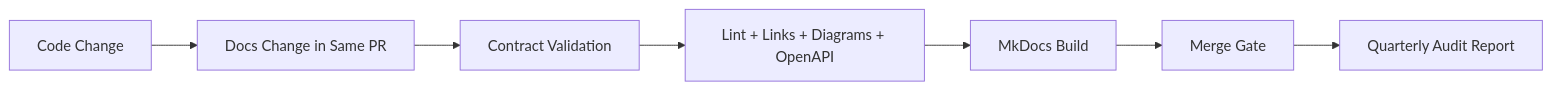
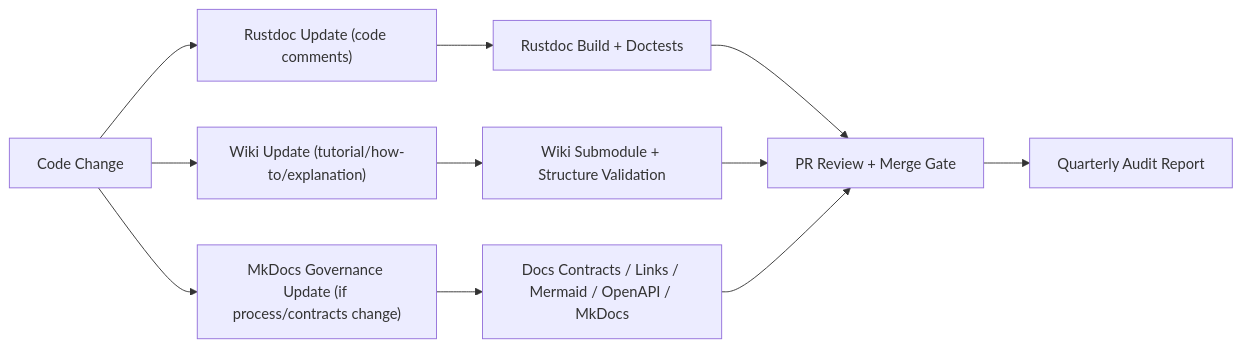
The diagram in docs/explanation/documentation-architecture.md (justinrayshort/os), drawn with Mermaid before and after one commit. The commit also changed other lines of this file and 37 other files, not shown here.

````diff
--- a/docs/explanation/documentation-architecture.md
+++ b/docs/explanation/documentation-architecture.md
@@ -46,9 +58,13 @@
 ```mermaid
 flowchart LR
-  A["Code Change"] --> B["Docs Change in Same PR"]
-  B --> C["Contract Validation"]
-  C --> D["Lint + Links + Diagrams + OpenAPI"]
-  D --> E["MkDocs Build"]
-  E --> F["Merge Gate"]
-  F --> G["Quarterly Audit Report"]
+  A["Code Change"] --> B["Rustdoc Update (code comments)"]
+  A --> C["Wiki Update (tutorial/how-to/explanation)"]
+  A --> D["MkDocs Governance Update (if process/contracts change)"]
+  B --> E["Rustdoc Build + Doctests"]
+  C --> F["Wiki Submodule + Structure Validation"]
+  D --> G["Docs Contracts / Links / Mermaid / OpenAPI / MkDocs"]
+  E --> H["PR Review + Merge Gate"]
+  F --> H
+  G --> H
+  H --> I["Quarterly Audit Report"]
 ```
````
